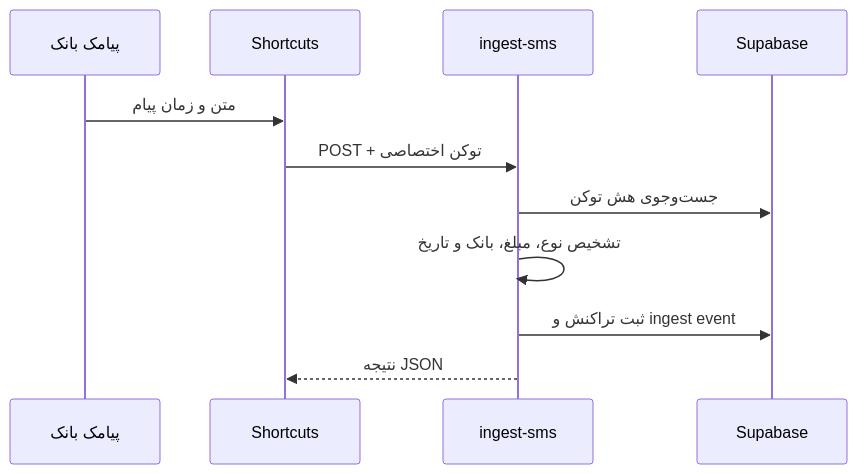
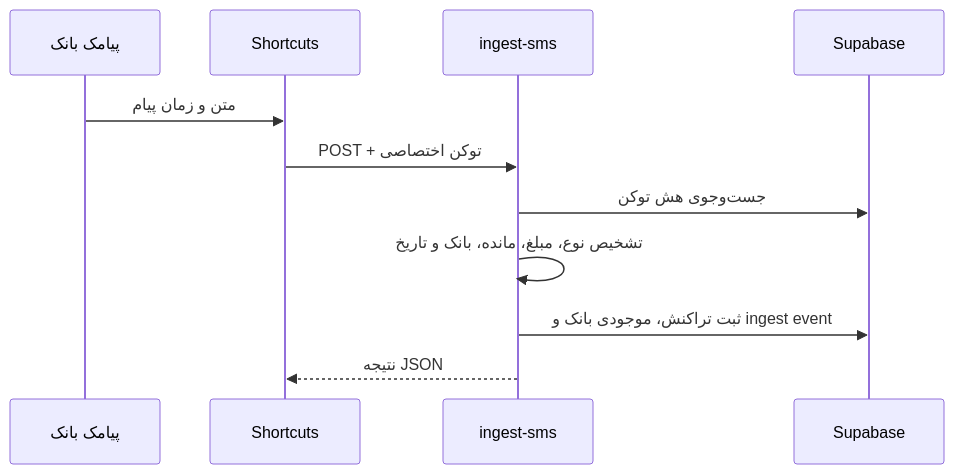
The diagram in docs/ARCHITECTURE.md (arschia/darayiban), drawn with Mermaid before and after one commit. The commit also changed other lines of this file and 16 other files, not shown here.

````diff
--- a/docs/ARCHITECTURE.md
+++ b/docs/ARCHITECTURE.md
@@ -37,13 +39,13 @@
 ```mermaid
 sequenceDiagram
   participant SMS as پیامک بانک
   participant IOS as Shortcuts
   participant API as ingest-sms
   participant DB as Supabase
   SMS->>IOS: متن و زمان پیام
   IOS->>API: POST + توکن اختصاصی
   API->>DB: جست‌وجوی هش توکن
-  API->>API: تشخیص نوع، مبلغ، بانک و تاریخ
-  API->>DB: ثبت تراکنش و ingest event
+  API->>API: تشخیص نوع، مبلغ، مانده، بانک و تاریخ
+  API->>DB: ثبت تراکنش، موجودی بانک و ingest event
   API-->>IOS: نتیجه JSON
 ```
````
